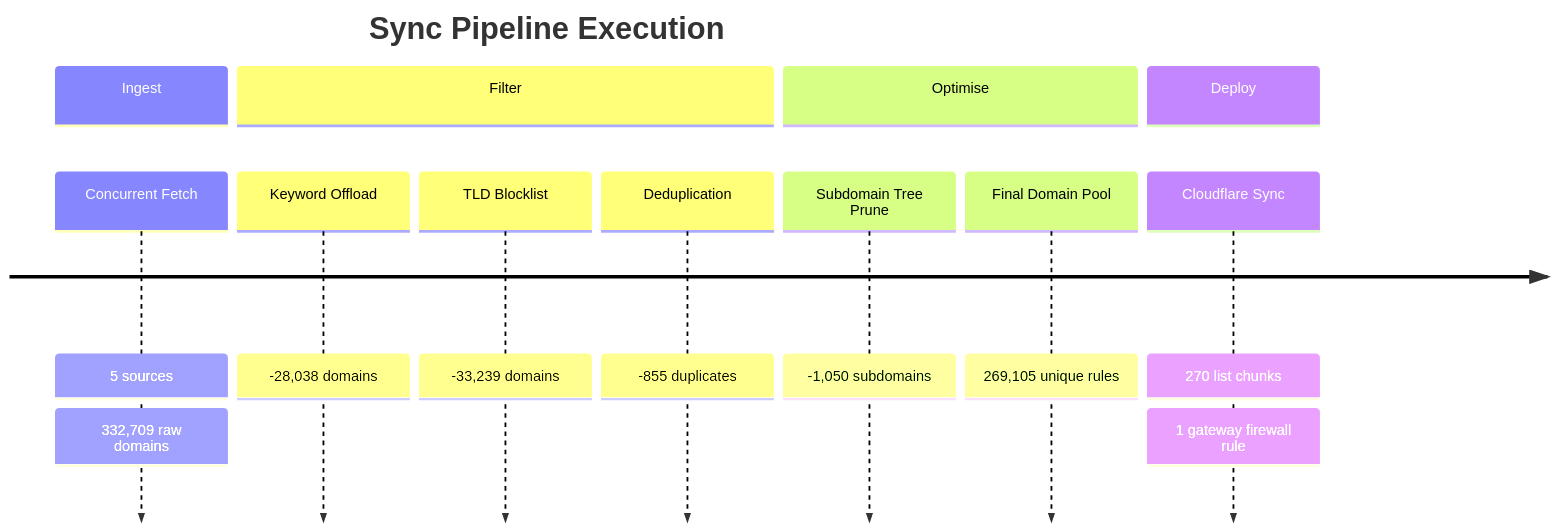
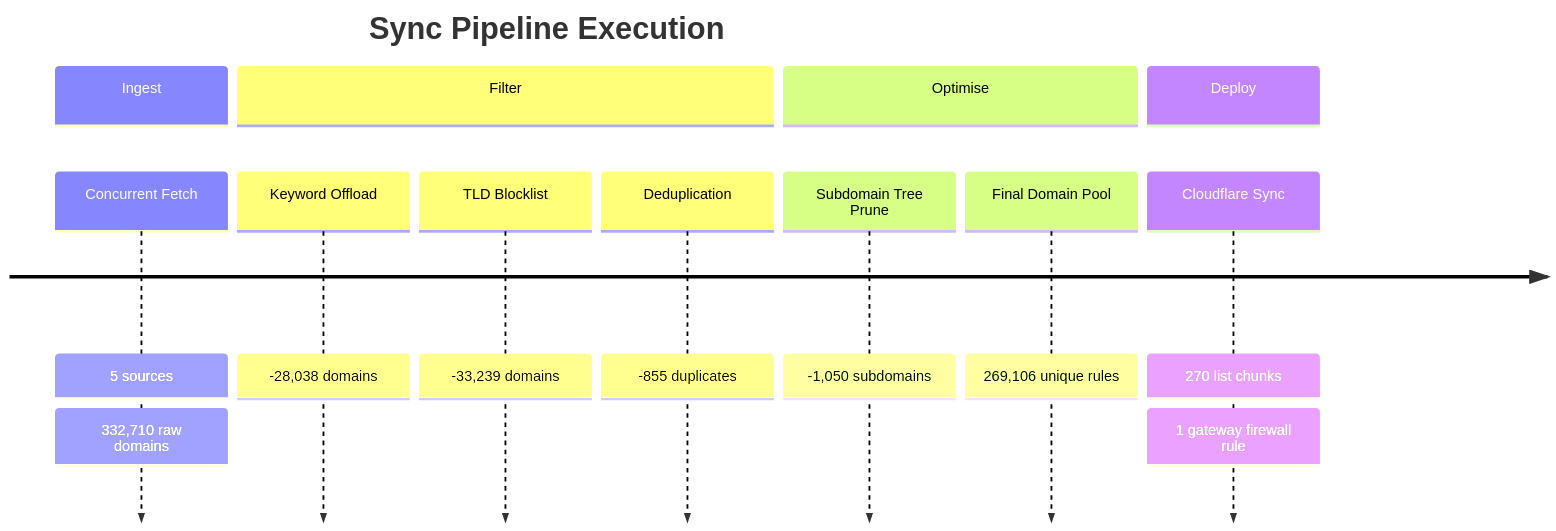
One commit to brojangles24/Cloudflare-ZeroTrust-AdBlock changed the second of 6 diagrams in README_STATS.md. Above: the diagram before and after it, drawn with Mermaid. The commit also changed other lines of this file and 1 other file, not shown here.

````diff
--- a/README_STATS.md
+++ b/README_STATS.md
@@ -54,17 +54,17 @@
 ```mermaid
 timeline
     title Sync Pipeline Execution
     section Ingest
         Concurrent Fetch   : 5 sources
-                           : 332,709 raw domains
+                           : 332,710 raw domains
     section Filter
         Keyword Offload    : -28,038 domains
         TLD Blocklist      : -33,239 domains
         Deduplication      : -855 duplicates
     section Optimise
         Subdomain Tree Prune : -1,050 subdomains
-        Final Domain Pool    : 269,105 unique rules
+        Final Domain Pool    : 269,106 unique rules
     section Deploy
         Cloudflare Sync    : 270 list chunks
                            : 1 gateway firewall rule
 ```
````
